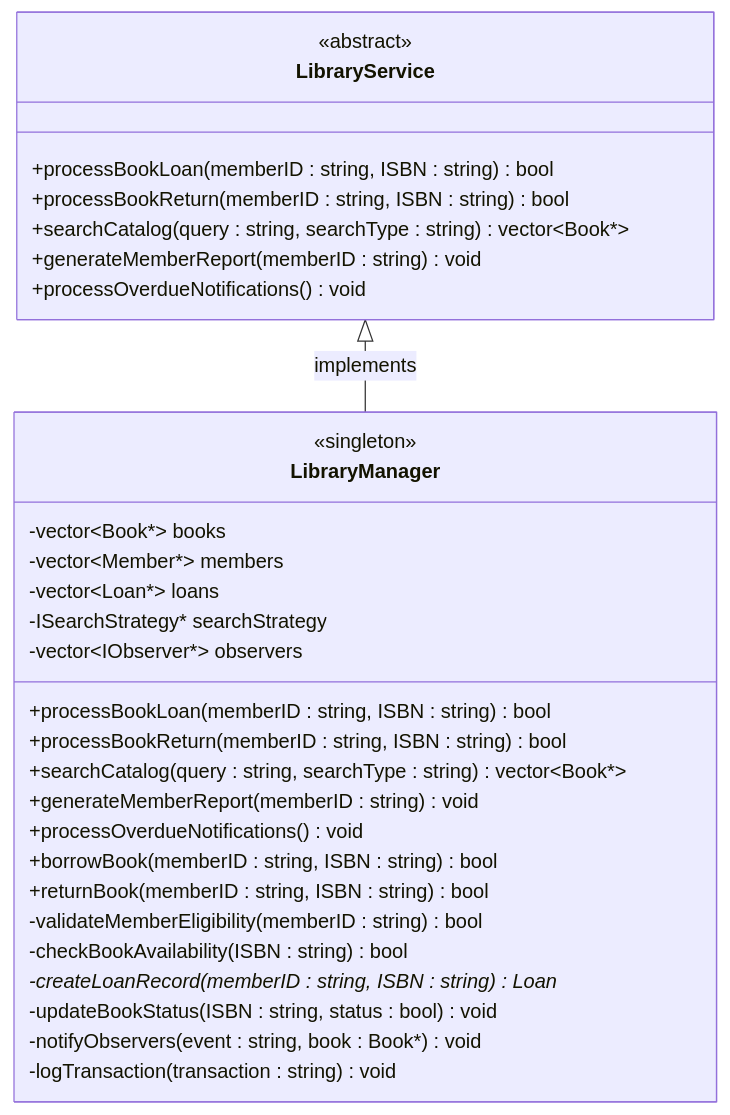
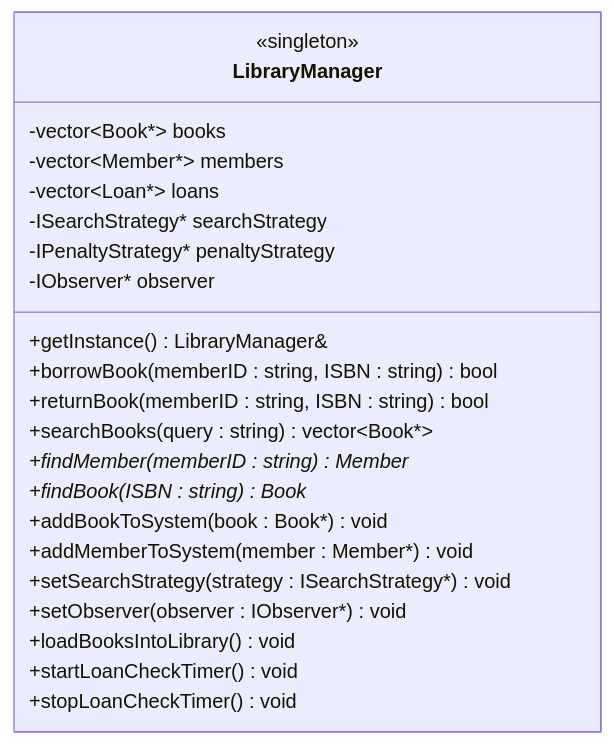
Before and after one commit to DankDaPancake/LibraryManagementSystem: diagram 18 of 31 in docs/report.md, drawn with Mermaid. The commit also changed other lines of this file, not shown here.

````diff
--- a/docs/report.md
+++ b/docs/report.md
@@ -1605,36 +1551,25 @@
 ```mermaid
 classDiagram
-    class LibraryService {
-        <<abstract>>
-        +processBookLoan(memberID : string, ISBN : string) bool
-        +processBookReturn(memberID : string, ISBN : string) bool
-        +searchCatalog(query : string, searchType : string) vector~Book*~
-        +generateMemberReport(memberID : string) void
-        +processOverdueNotifications() void
-    }
-    
     class LibraryManager {
         <<singleton>>
         -vector~Book*~ books
         -vector~Member*~ members
         -vector~Loan*~ loans
         -ISearchStrategy* searchStrategy
-        -vector~IObserver*~ observers
-        +processBookLoan(memberID : string, ISBN : string) bool
-        +processBookReturn(memberID : string, ISBN : string) bool
-        +searchCatalog(query : string, searchType : string) vector~Book*~
-        +generateMemberReport(memberID : string) void
-        +processOverdueNotifications() void
+        -IPenaltyStrategy* penaltyStrategy
+        -IObserver* observer
+        +getInstance() LibraryManager&
         +borrowBook(memberID : string, ISBN : string) bool
         +returnBook(memberID : string, ISBN : string) bool
-        -validateMemberEligibility(memberID : string) bool
-        -checkBookAvailability(ISBN : string) bool
-        -createLoanRecord(memberID : string, ISBN : string) Loan*
-        -updateBookStatus(ISBN : string, status : bool) void
-        -notifyObservers(event : string, book : Book*) void
-        -logTransaction(transaction : string) void
+        +searchBooks(query : string) vector~Book*~
+        +findMember(memberID : string) Member*
+        +findBook(ISBN : string) Book*
+        +addBookToSystem(book : Book*) void
+        +addMemberToSystem(member : Member*) void
+        +setSearchStrategy(strategy : ISearchStrategy*) void
+        +setObserver(observer : IObserver*) void
+        +loadBooksIntoLibrary() void
+        +startLoanCheckTimer() void
+        +stopLoanCheckTimer() void
     }
-    
-    %% Relationships
-    LibraryService <|-- LibraryManager : implements
 ```
````
